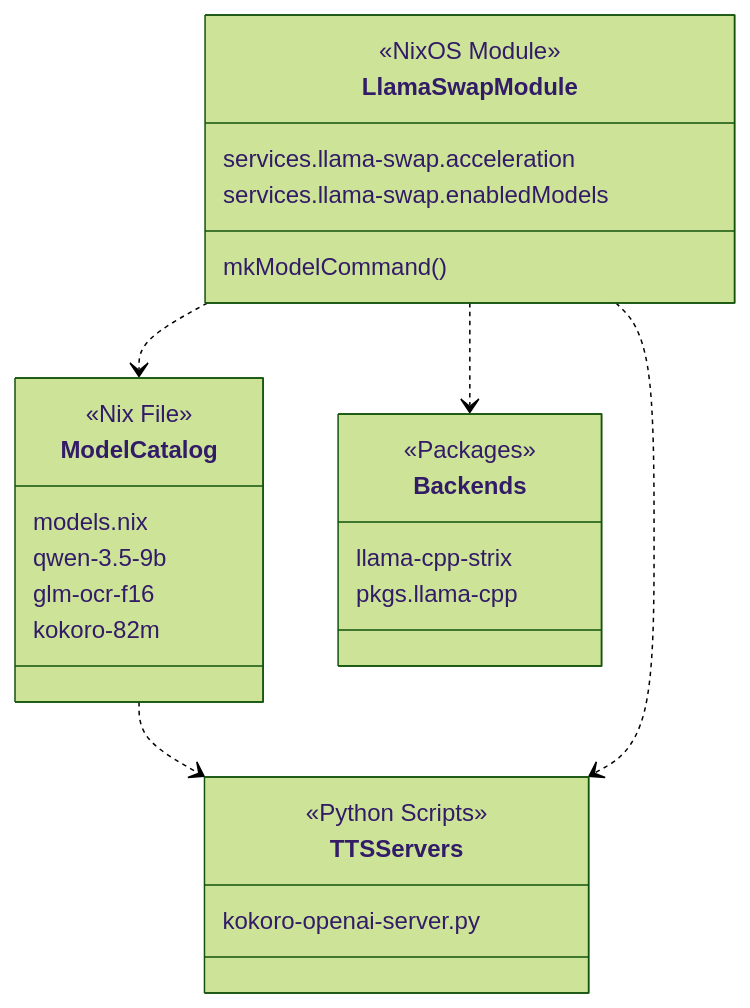
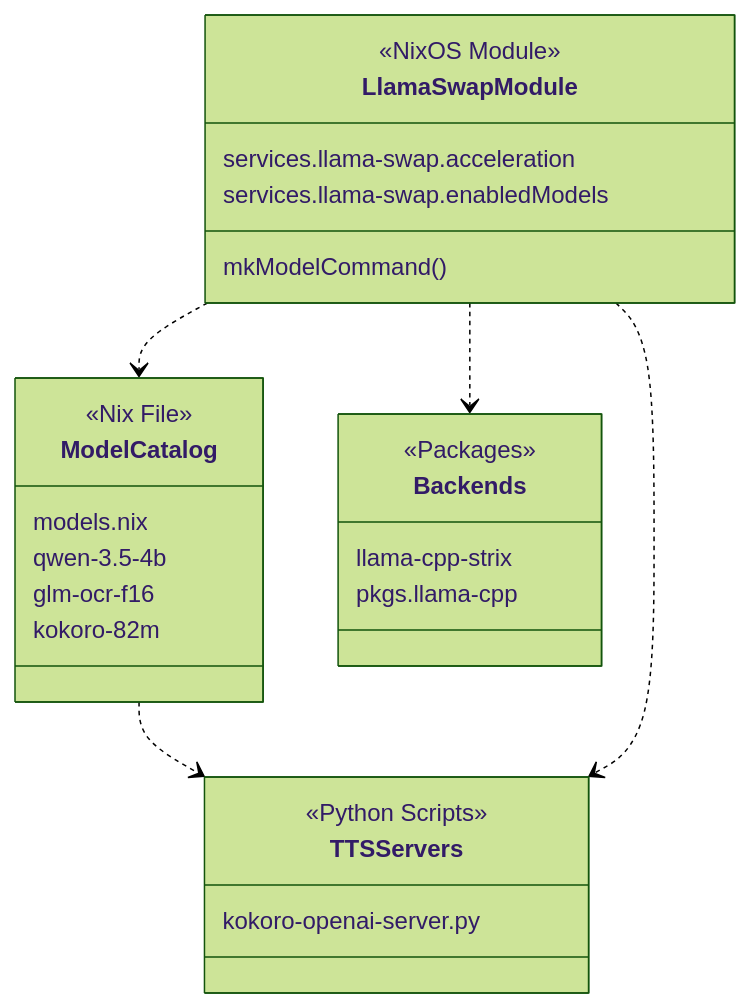
The diagram in docs/llama-swap-LLM-Orchestration-Service.md (Cody-W-Tucker/nix-config), drawn with Mermaid (forest theme) before and after one commit. The commit also changed other lines of this file and 7 other files, not shown here.

````diff
--- a/docs/llama-swap-LLM-Orchestration-Service.md
+++ b/docs/llama-swap-LLM-Orchestration-Service.md
@@ -73,29 +73,29 @@
 ```mermaid
 classDiagram
     class LlamaSwapModule {
         <<NixOS Module>>
         services.llama-swap.acceleration
         services.llama-swap.enabledModels
         mkModelCommand()
     }
     class ModelCatalog {
         <<Nix File>>
         models.nix
-        qwen-3.5-9b
+        qwen-3.5-4b
         glm-ocr-f16
         kokoro-82m
     }
     class TTSServers {
         <<Python Scripts>>
         kokoro-openai-server.py
     }
     class Backends {
         <<Packages>>
         llama-cpp-strix
         pkgs.llama-cpp
     }
     LlamaSwapModule ..> ModelCatalog
     LlamaSwapModule ..> Backends
     ModelCatalog ..> TTSServers
     LlamaSwapModule ..> TTSServers
 ```
````
